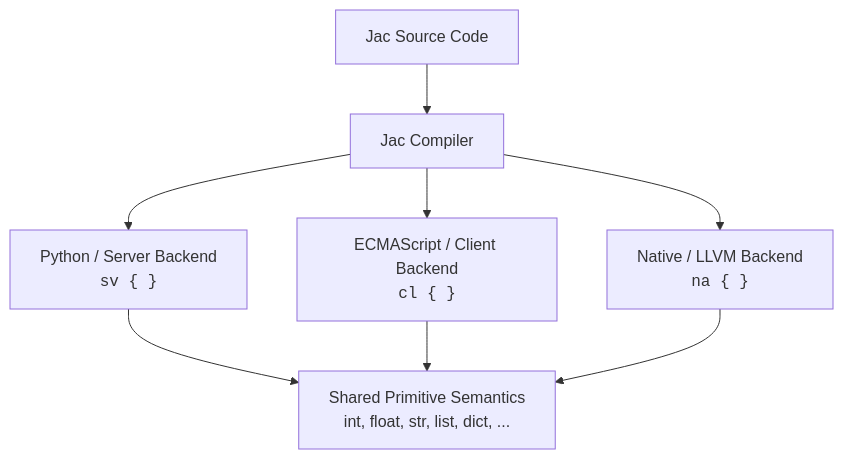
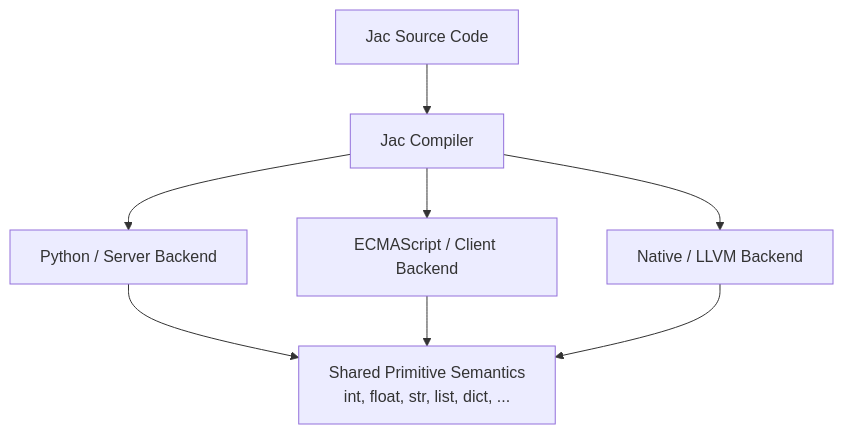
Before and after one commit to jaseci-labs/jaseci: the first of 2 diagrams in jac/jaclang/cli/docs/reference/language/primitives.md, drawn with Mermaid. The commit also changed other lines of this file and 761 other files, not shown here.

````diff
--- a/jac/jaclang/cli/docs/reference/language/primitives.md
+++ b/jac/jaclang/cli/docs/reference/language/primitives.md
@@ -20,11 +20,11 @@
 ```mermaid
 graph TD
     SRC["Jac Source Code"] --> COMPILER["Jac Compiler"]
-    COMPILER --> PY["Python / Server Backend<br/><code>sv { }</code>"]
-    COMPILER --> ES["ECMAScript / Client Backend<br/><code>cl { }</code>"]
-    COMPILER --> NA["Native / LLVM Backend<br/><code>na { }</code>"]
+    COMPILER --> PY["Python / Server Backend"]
+    COMPILER --> ES["ECMAScript / Client Backend"]
+    COMPILER --> NA["Native / LLVM Backend"]
 
     PY --> PRIM["Shared Primitive Semantics<br/>int, float, str, list, dict, ..."]
     ES --> PRIM
     NA --> PRIM
 ```
````
